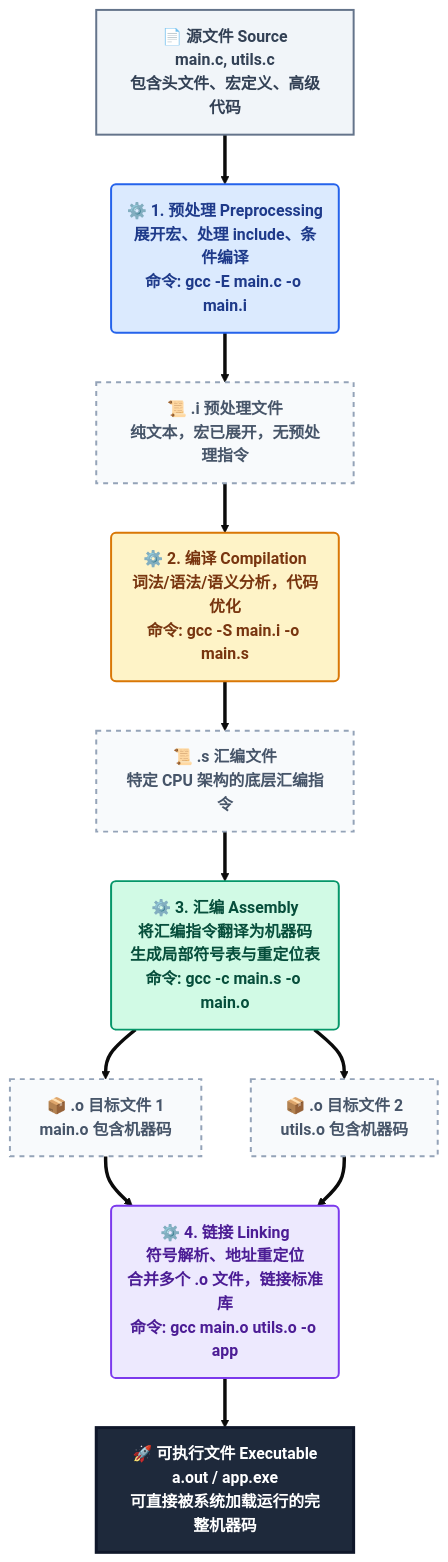
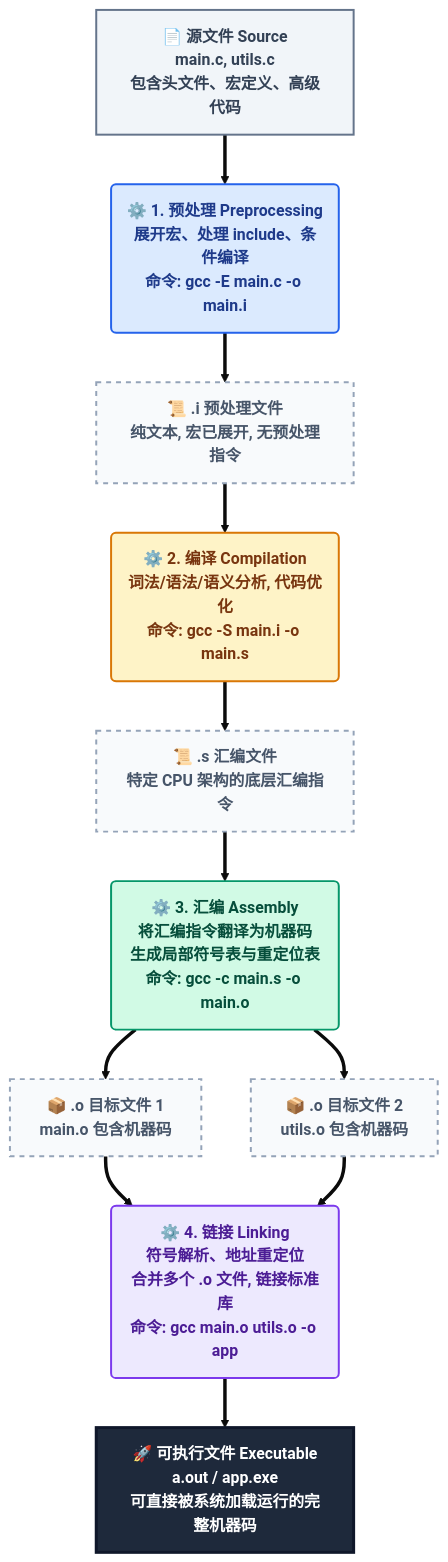
One commit to dmjcb/dmjcb.github.io changed the first of 10 diagrams in _posts/c_c++/compile/2021-06-15-编译过程.md. Above: the diagram before and after it, drawn with Mermaid (base theme). The commit also changed other lines of this file and 12 other files, not shown here.

````diff
--- a/_posts/c_c++/compile/2021-06-15-编译过程.md
+++ b/_posts/c_c++/compile/2021-06-15-编译过程.md
@@ -18,55 +18,55 @@
 ```mermaid
 flowchart TD
     %% 样式定义(延续前文色彩体系)
     classDef srcFile fill:#f1f5f9,stroke:#64748b,stroke-width:2px,color:#334155,font-weight:bold;
     classDef preProcess fill:#dbeafe,stroke:#2563eb,stroke-width:2px,color:#1e3a8a,font-weight:bold;
     classDef compile fill:#fef3c7,stroke:#d97706,stroke-width:2px,color:#78350f,font-weight:bold;
     classDef assemble fill:#d1fae5,stroke:#059669,stroke-width:2px,color:#064e3b,font-weight:bold;
     classDef link fill:#ede9fe,stroke:#7c3aed,stroke-width:2px,color:#4c1d95,font-weight:bold;
     classDef midFile fill:#f8fafc,stroke:#94a3b8,stroke-width:2px,color:#475569,font-weight:bold,stroke-dasharray: 5 5;
     classDef exeFile fill:#1e293b,stroke:#0f172a,stroke-width:3px,color:#ffffff,font-weight:bold;
 
     %% 源文件
     Src["📄 源文件 Source\nmain.c, utils.c\n包含头文件、宏定义、高级代码"]
 
     %% 1. 预处理
     Pre("⚙️ 1. 预处理 Preprocessing\n展开宏、处理 include、条件编译\n命令: gcc -E main.c -o main.i")
-    PreFile["📜 .i 预处理文件\n纯文本，宏已展开，无预处理指令"]
+    PreFile["📜 .i 预处理文件\n纯文本, 宏已展开, 无预处理指令"]
 
     %% 2. 编译
-    Comp("⚙️ 2. 编译 Compilation\n词法/语法/语义分析，代码优化\n命令: gcc -S main.i -o main.s")
+    Comp("⚙️ 2. 编译 Compilation\n词法/语法/语义分析, 代码优化\n命令: gcc -S main.i -o main.s")
     CompFile["📜 .s 汇编文件\n特定 CPU 架构的底层汇编指令"]
 
     %% 3. 汇编
     Asm("⚙️ 3. 汇编 Assembly\n将汇编指令翻译为机器码\n生成局部符号表与重定位表\n命令: gcc -c main.s -o main.o")
     Obj1["📦 .o 目标文件 1\nmain.o 包含机器码"]
     Obj2["📦 .o 目标文件 2\nutils.o 包含机器码"]
 
     %% 4. 链接
-    Link("⚙️ 4. 链接 Linking\n符号解析、地址重定位\n合并多个 .o 文件，链接标准库\n命令: gcc main.o utils.o -o app")
+    Link("⚙️ 4. 链接 Linking\n符号解析、地址重定位\n合并多个 .o 文件, 链接标准库\n命令: gcc main.o utils.o -o app")
     
     %% 可执行文件
     Exe["🚀 可执行文件 Executable\na.out / app.exe\n可直接被系统加载运行的完整机器码"]
 
     %% 连线
     Src ==> Pre ==> PreFile ==> Comp ==> CompFile ==> Asm
     
     Asm ==> Obj1
     Asm ==> Obj2
     
     Obj1 ==> Link
     Obj2 ==> Link
     
     Link ==> Exe
 
     %% 应用样式
     class Src srcFile;
     class Pre preProcess;
     class PreFile,CompFile midFile;
     class Comp compile;
     class Asm assemble;
     class Obj1,Obj2 midFile;
     class Link link;
     class Exe exeFile;
 
 ```
````
